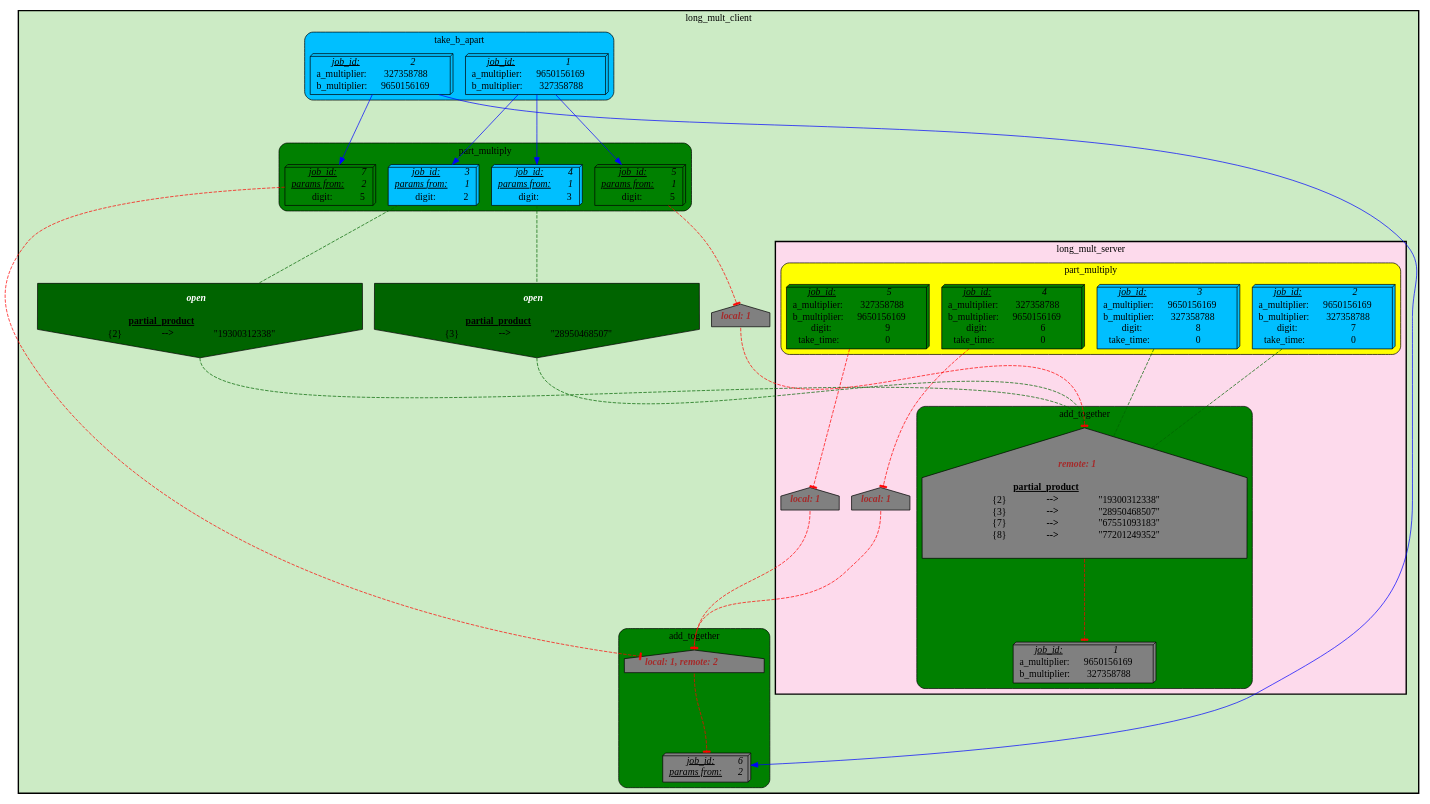
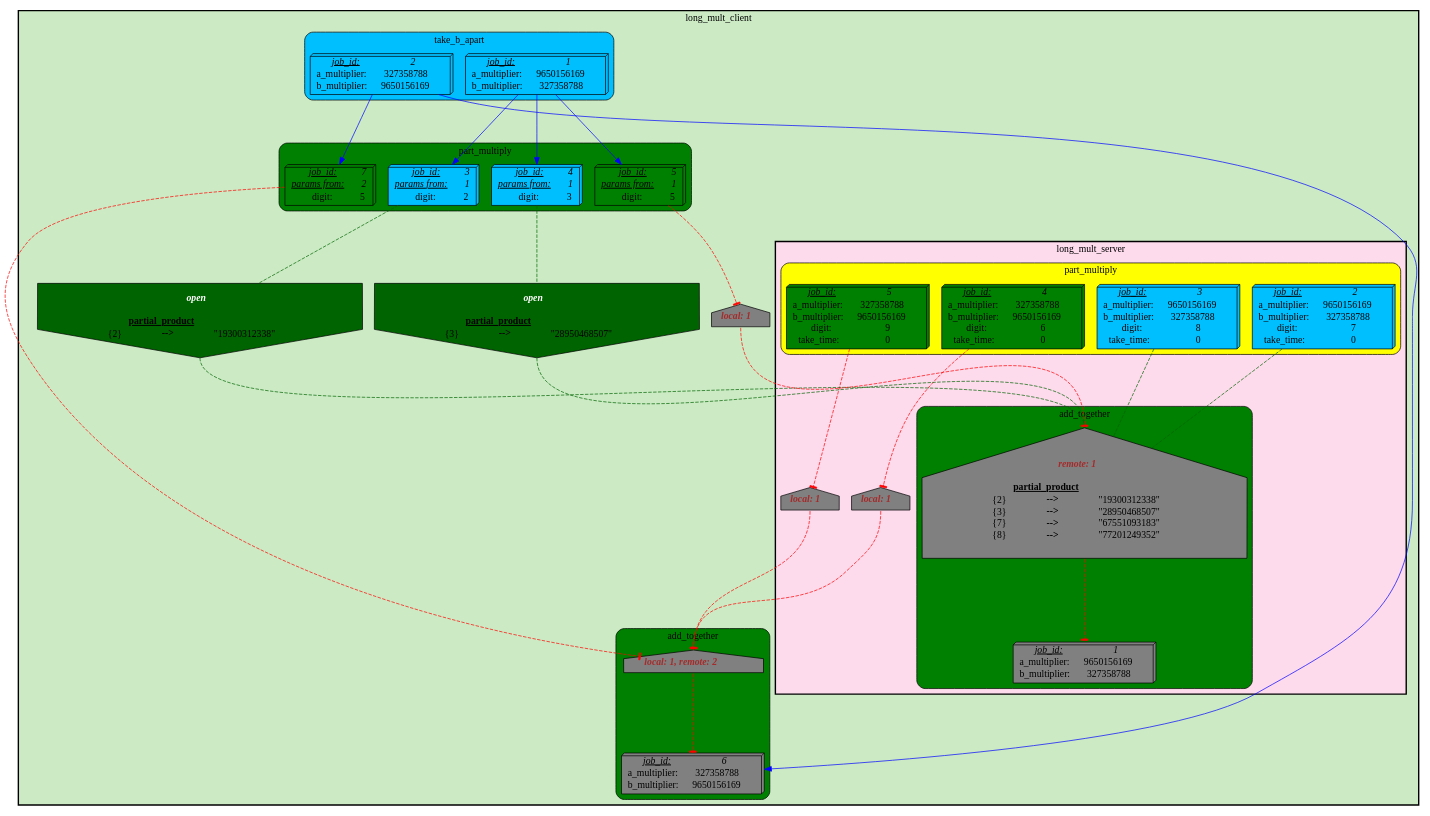
Before and after one commit to Ensembl/ensembl-hive: the diagram in t/03.scripts/visualize_jobs/long_mult_client_server/long_mult_client_server_jobs_05.dot, drawn with Graphviz. The commit also changed 27 other files, not shown here.

```diff
--- a/t/03.scripts/visualize_jobs/long_mult_client_server/long_mult_client_server_jobs_05.dot
+++ b/t/03.scripts/visualize_jobs/long_mult_client_server/long_mult_client_server_jobs_05.dot
@@ -1,111 +1,111 @@
 digraph test {
 	ratio="compress"; name = "JobDependencyGraph"; pad = "0"; ranksep = "1.4"; remincross = "true";
 	job_1__long_mult_client [fillcolor="DeepSkyBlue", label=<<table border="0" cellborder="0" cellspacing="0" cellpadding="1"><tr><td><u><i>job_id:</i></u></td><td><i>1</i></td></tr><tr><td>a_multiplier:</td><td> 9650156169</td></tr><tr><td>b_multiplier:</td><td> 327358788</td></tr></table>>, shape="box3d", style="filled"];
 	job_1__long_mult_server [fillcolor="grey", label=<<table border="0" cellborder="0" cellspacing="0" cellpadding="1"><tr><td><u><i>job_id:</i></u></td><td><i>1</i></td></tr><tr><td>a_multiplier:</td><td> 9650156169</td></tr><tr><td>b_multiplier:</td><td> 327358788</td></tr></table>>, shape="box3d", style="filled"];
 	job_2__long_mult_client [fillcolor="DeepSkyBlue", label=<<table border="0" cellborder="0" cellspacing="0" cellpadding="1"><tr><td><u><i>job_id:</i></u></td><td><i>2</i></td></tr><tr><td>a_multiplier:</td><td> 327358788</td></tr><tr><td>b_multiplier:</td><td> 9650156169</td></tr></table>>, shape="box3d", style="filled"];
 	job_2__long_mult_server [fillcolor="DeepSkyBlue", label=<<table border="0" cellborder="0" cellspacing="0" cellpadding="1"><tr><td><u><i>job_id:</i></u></td><td><i>2</i></td></tr><tr><td>a_multiplier:</td><td> 9650156169</td></tr><tr><td>b_multiplier:</td><td> 327358788</td></tr><tr><td>digit:</td><td> 7</td></tr><tr><td>take_time:</td><td> 0</td></tr></table>>, shape="box3d", style="filled"];
 	job_3__long_mult_client [fillcolor="DeepSkyBlue", label=<<table border="0" cellborder="0" cellspacing="0" cellpadding="1"><tr><td><u><i>job_id:</i></u></td><td><i>3</i></td></tr><tr><td><u><i>params from:</i></u></td><td><i>1</i></td></tr><tr><td>digit:</td><td> 2</td></tr></table>>, shape="box3d", style="filled"];
 	job_3__long_mult_server [fillcolor="DeepSkyBlue", label=<<table border="0" cellborder="0" cellspacing="0" cellpadding="1"><tr><td><u><i>job_id:</i></u></td><td><i>3</i></td></tr><tr><td>a_multiplier:</td><td> 9650156169</td></tr><tr><td>b_multiplier:</td><td> 327358788</td></tr><tr><td>digit:</td><td> 8</td></tr><tr><td>take_time:</td><td> 0</td></tr></table>>, shape="box3d", style="filled"];
 	job_4__long_mult_client [fillcolor="DeepSkyBlue", label=<<table border="0" cellborder="0" cellspacing="0" cellpadding="1"><tr><td><u><i>job_id:</i></u></td><td><i>4</i></td></tr><tr><td><u><i>params from:</i></u></td><td><i>1</i></td></tr><tr><td>digit:</td><td> 3</td></tr></table>>, shape="box3d", style="filled"];
 	job_4__long_mult_server [fillcolor="green", label=<<table border="0" cellborder="0" cellspacing="0" cellpadding="1"><tr><td><u><i>job_id:</i></u></td><td><i>4</i></td></tr><tr><td>a_multiplier:</td><td> 327358788</td></tr><tr><td>b_multiplier:</td><td> 9650156169</td></tr><tr><td>digit:</td><td> 6</td></tr><tr><td>take_time:</td><td> 0</td></tr></table>>, shape="box3d", style="filled"];
 	job_5__long_mult_client [fillcolor="green", label=<<table border="0" cellborder="0" cellspacing="0" cellpadding="1"><tr><td><u><i>job_id:</i></u></td><td><i>5</i></td></tr><tr><td><u><i>params from:</i></u></td><td><i>1</i></td></tr><tr><td>digit:</td><td> 5</td></tr></table>>, shape="box3d", style="filled"];
 	job_5__long_mult_server [fillcolor="green", label=<<table border="0" cellborder="0" cellspacing="0" cellpadding="1"><tr><td><u><i>job_id:</i></u></td><td><i>5</i></td></tr><tr><td>a_multiplier:</td><td> 327358788</td></tr><tr><td>b_multiplier:</td><td> 9650156169</td></tr><tr><td>digit:</td><td> 9</td></tr><tr><td>take_time:</td><td> 0</td></tr></table>>, shape="box3d", style="filled"];
-	job_6__long_mult_client [fillcolor="grey", label=<<table border="0" cellborder="0" cellspacing="0" cellpadding="1"><tr><td><u><i>job_id:</i></u></td><td><i>6</i></td></tr><tr><td><u><i>params from:</i></u></td><td><i>2</i></td></tr></table>>, shape="box3d", style="filled"];
+	job_6__long_mult_client [fillcolor="grey", label=<<table border="0" cellborder="0" cellspacing="0" cellpadding="1"><tr><td><u><i>job_id:</i></u></td><td><i>6</i></td></tr><tr><td>a_multiplier:</td><td> 327358788</td></tr><tr><td>b_multiplier:</td><td> 9650156169</td></tr></table>>, shape="box3d", style="filled"];
 	job_7__long_mult_client [fillcolor="green", label=<<table border="0" cellborder="0" cellspacing="0" cellpadding="1"><tr><td><u><i>job_id:</i></u></td><td><i>7</i></td></tr><tr><td><u><i>params from:</i></u></td><td><i>2</i></td></tr><tr><td>digit:</td><td> 5</td></tr></table>>, shape="box3d", style="filled"];
 	semaphore_1__long_mult_client [fillcolor="darkgreen", label=<<table border="0" cellborder="0" cellspacing="0" cellpadding="1"><tr><td colspan="3"><font color="white"><b><i>open</i></b></font></td></tr><tr><td colspan="3">&nbsp;</td></tr><tr><td></td><td><b><u>partial_product</u></b></td><td></td></tr><tr><td port="semaphore_1__long_mult_client_partial_product_3">{2}</td><td>&nbsp;<b>--&gt;</b>&nbsp;</td><td>&quot;19300312338&quot;</td></tr></table>>, margin="0,0", shape="invhouse", style="filled"];
 	semaphore_1__long_mult_server [fillcolor="grey", label=<<table border="0" cellborder="0" cellspacing="0" cellpadding="1"><tr><td colspan="3"><font color="brown"><b><i>remote: 1</i></b></font></td></tr><tr><td colspan="3">&nbsp;</td></tr><tr><td></td><td><b><u>partial_product</u></b></td><td></td></tr><tr><td >{2}</td><td>&nbsp;<b>--&gt;</b>&nbsp;</td><td>&quot;19300312338&quot;</td></tr><tr><td >{3}</td><td>&nbsp;<b>--&gt;</b>&nbsp;</td><td>&quot;28950468507&quot;</td></tr><tr><td port="semaphore_1__long_mult_server_partial_product_2">{7}</td><td>&nbsp;<b>--&gt;</b>&nbsp;</td><td>&quot;67551093183&quot;</td></tr><tr><td port="semaphore_1__long_mult_server_partial_product_3">{8}</td><td>&nbsp;<b>--&gt;</b>&nbsp;</td><td>&quot;77201249352&quot;</td></tr></table>>, margin="0,0", shape="house", style="filled"];
 	semaphore_2__long_mult_client [fillcolor="darkgreen", label=<<table border="0" cellborder="0" cellspacing="0" cellpadding="1"><tr><td colspan="3"><font color="white"><b><i>open</i></b></font></td></tr><tr><td colspan="3">&nbsp;</td></tr><tr><td></td><td><b><u>partial_product</u></b></td><td></td></tr><tr><td port="semaphore_2__long_mult_client_partial_product_4">{3}</td><td>&nbsp;<b>--&gt;</b>&nbsp;</td><td>&quot;28950468507&quot;</td></tr></table>>, margin="0,0", shape="invhouse", style="filled"];
 	semaphore_2__long_mult_server [fillcolor="grey", label=<<table border="0" cellborder="0" cellspacing="0" cellpadding="1"><tr><td colspan="3"><font color="brown"><b><i>local: 1</i></b></font></td></tr></table>>, margin="0,0", shape="house", style="filled"];
 	semaphore_3__long_mult_client [fillcolor="grey", label=<<table border="0" cellborder="0" cellspacing="0" cellpadding="1"><tr><td colspan="3"><font color="brown"><b><i>local: 1</i></b></font></td></tr></table>>, margin="0,0", shape="house", style="filled"];
 	semaphore_3__long_mult_server [fillcolor="grey", label=<<table border="0" cellborder="0" cellspacing="0" cellpadding="1"><tr><td colspan="3"><font color="brown"><b><i>local: 1</i></b></font></td></tr></table>>, margin="0,0", shape="house", style="filled"];
 	semaphore_4__long_mult_client [fillcolor="grey", label=<<table border="0" cellborder="0" cellspacing="0" cellpadding="1"><tr><td colspan="3"><font color="brown"><b><i>local: 1, remote: 2</i></b></font></td></tr></table>>, margin="0,0", shape="house", style="filled"];
 	job_1__long_mult_client -> job_3__long_mult_client [color="blue"];
 	job_1__long_mult_client -> job_4__long_mult_client [color="blue"];
 	job_1__long_mult_client -> job_5__long_mult_client [color="blue"];
 	job_2__long_mult_client -> job_6__long_mult_client [color="blue"];
 	job_2__long_mult_client -> job_7__long_mult_client [color="blue"];
 	job_2__long_mult_server -> semaphore_1__long_mult_server [arrowhead="none", color="darkgreen", style="dashed"];
 	job_3__long_mult_client -> semaphore_1__long_mult_client [arrowhead="none", color="darkgreen", style="dashed"];
 	job_3__long_mult_server -> semaphore_1__long_mult_server [arrowhead="none", color="darkgreen", style="dashed"];
 	job_4__long_mult_client -> semaphore_2__long_mult_client [arrowhead="none", color="darkgreen", style="dashed"];
 	job_4__long_mult_server -> semaphore_2__long_mult_server [arrowhead="tee", color="red", style="dashed"];
 	job_5__long_mult_client -> semaphore_3__long_mult_client [arrowhead="tee", color="red", style="dashed"];
 	job_5__long_mult_server -> semaphore_3__long_mult_server [arrowhead="tee", color="red", style="dashed"];
 	job_7__long_mult_client -> semaphore_4__long_mult_client [arrowhead="tee", color="red", style="dashed"];
 	semaphore_1__long_mult_client -> semaphore_1__long_mult_server [arrowhead="none", color="darkgreen", headport="n", style="dashed", tailport="s"];
 	semaphore_1__long_mult_server -> job_1__long_mult_server [arrowhead="tee", color="red", headport="n", style="dashed", tailport="s"];
 	semaphore_2__long_mult_client -> semaphore_1__long_mult_server [arrowhead="none", color="darkgreen", headport="n", style="dashed", tailport="s"];
 	semaphore_2__long_mult_server -> semaphore_4__long_mult_client [arrowhead="tee", color="red", headport="n", style="dashed", tailport="s"];
 	semaphore_3__long_mult_client -> semaphore_1__long_mult_server [arrowhead="tee", color="red", headport="n", style="dashed", tailport="s"];
 	semaphore_3__long_mult_server -> semaphore_4__long_mult_client [arrowhead="tee", color="red", headport="n", style="dashed", tailport="s"];
 	semaphore_4__long_mult_client -> job_6__long_mult_client [arrowhead="tee", color="red", headport="n", style="dashed", tailport="s"];
 
 subgraph cluster_long_mult_client {
 	label="long_mult_client";
 	style="bold,filled";
 	colorscheme="pastel19";
 	fillcolor="3";
 	color="";
 	subgraph cluster_add_together {
 		label="add_together";
 		style="rounded,filled";
 		colorscheme="X11";
 		fillcolor="green";
 		color="";
 		job_6__long_mult_client;
 		semaphore_4__long_mult_client;
 	}
 	subgraph cluster_long_mult_server {
 		label="long_mult_server";
 		style="bold,filled";
 		colorscheme="pastel19";
 		fillcolor="8";
 		color="";
 		subgraph cluster_ehive_test_vj_1___add_together {
 			label="add_together";
 			style="rounded,filled";
 			colorscheme="X11";
 			fillcolor="green";
 			color="";
 			job_1__long_mult_server;
 			semaphore_1__long_mult_server;
 		}
 		subgraph cluster_ehive_test_vj_1___part_multiply {
 			label="part_multiply";
 			style="rounded,filled";
 			colorscheme="X11";
 			fillcolor="yellow";
 			color="";
 			job_2__long_mult_server;
 			job_3__long_mult_server;
 			job_4__long_mult_server;
 			job_5__long_mult_server;
 		}
 		semaphore_2__long_mult_server;
 		semaphore_3__long_mult_server;
 	}
 	subgraph cluster_part_multiply {
 		label="part_multiply";
 		style="rounded,filled";
 		colorscheme="X11";
 		fillcolor="green";
 		color="";
 		job_3__long_mult_client;
 		job_4__long_mult_client;
 		job_5__long_mult_client;
 		job_7__long_mult_client;
 	}
 	semaphore_1__long_mult_client;
 	semaphore_2__long_mult_client;
 	semaphore_3__long_mult_client;
 	subgraph cluster_take_b_apart {
 		label="take_b_apart";
 		style="rounded,filled";
 		colorscheme="X11";
 		fillcolor="DeepSkyBlue";
 		color="";
 		job_1__long_mult_client;
 		job_2__long_mult_client;
 	}
 }
 }
```
